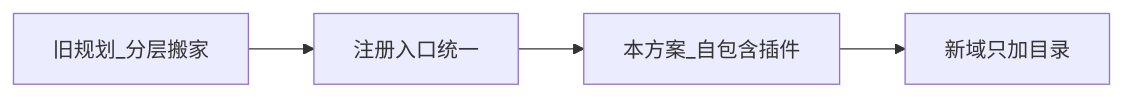
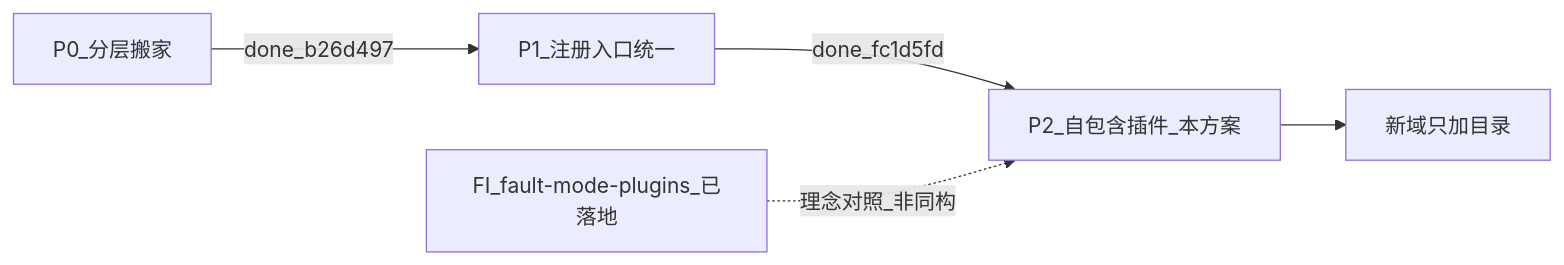
The second of 12 diagrams in docs/agent-ras/designs/features/fault-domain-plugins.md (openeuler-mirror/agent-insight), drawn with Mermaid before and after one commit. The commit also changed other lines of this file and 1 other file, not shown here.

First line of the commit message:
docs(ras): 同步 fault-domain 插件化文档与 detectors 注册现状

````diff
--- a/docs/agent-ras/designs/features/fault-domain-plugins.md
+++ b/docs/agent-ras/designs/features/fault-domain-plugins.md
@@ -58,6 +67,7 @@
 ```mermaid
 flowchart LR
-  P0[旧规划_分层搬家] --> P1[注册入口统一]
-  P1 --> P2[本方案_自包含插件]
+  P0[P0_分层搬家] -->|done_b26d497| P1[P1_注册入口统一]
+  P1 -->|done_fc1d5fd| P2[P2_自包含插件_本方案]
   P2 --> Goal[新域只加目录]
+  FI[FI_fault-mode-plugins_已落地] -.->|理念对照_非同构| P2
 ```
````
